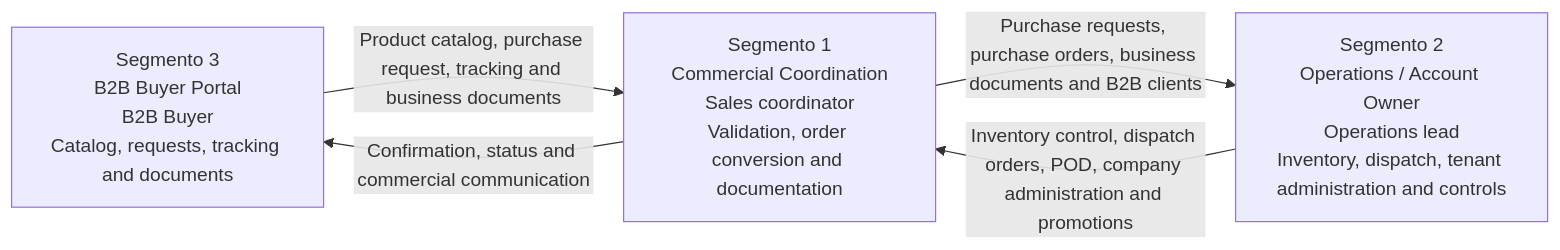
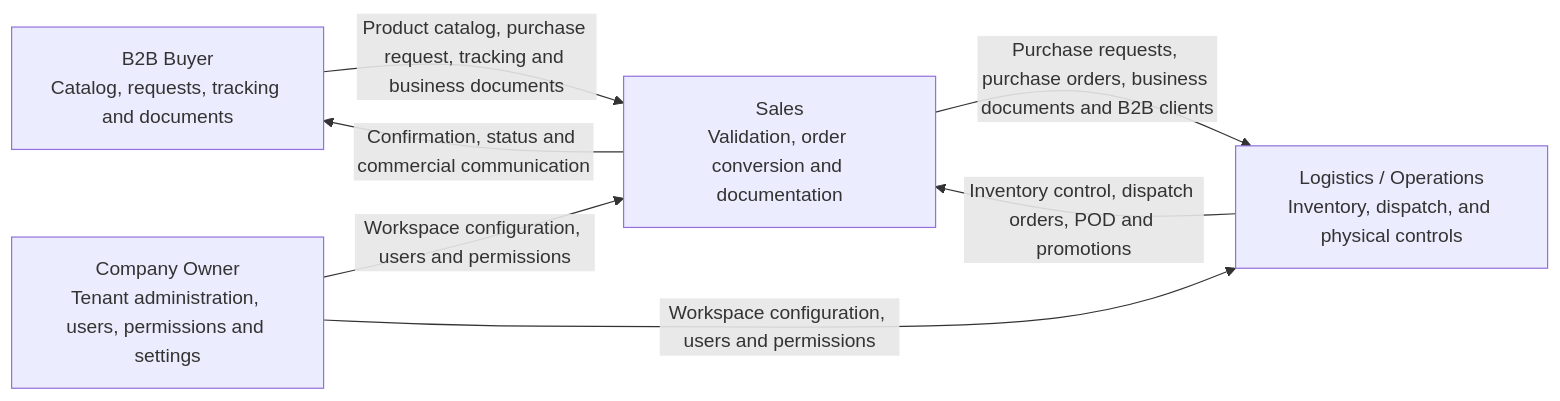
The first of 4 diagrams in report/10-chapter-1-introduction/1-3-target-segments.md (R0obxdnt-bit/nexa-ecosystem-report-v2), drawn with Mermaid before and after one commit. The commit also changed other lines of this file, not shown here.

````diff
--- a/report/10-chapter-1-introduction/1-3-target-segments.md
+++ b/report/10-chapter-1-introduction/1-3-target-segments.md
@@ -28,11 +28,14 @@
 ```mermaid
 flowchart LR
-    SEG3["Segmento 3<br/>B2B Buyer Portal<br/>B2B Buyer<br/>Catalog, requests, tracking and documents"]
-    SEG1["Segmento 1<br/>Commercial Coordination<br/>Sales coordinator<br/>Validation, order conversion and documentation"]
-    SEG2["Segmento 2<br/>Operations / Account Owner<br/>Operations lead<br/>Inventory, dispatch, tenant administration and controls"]
+    BUYER["B2B Buyer<br/>Catalog, requests, tracking and documents"]
+    SALES["Sales<br/>Validation, order conversion and documentation"]
+    OPS["Logistics / Operations<br/>Inventory, dispatch, and physical controls"]
+    OWNER["Company Owner<br/>Tenant administration, users, permissions and settings"]
 
-    SEG3 -->|Product catalog, purchase request, tracking and business documents| SEG1
-    SEG1 -->|Purchase requests, purchase orders, business documents and B2B clients| SEG2
-    SEG2 -->|Inventory control, dispatch orders, POD, company administration and promotions| SEG1
-    SEG1 -->|Confirmation, status and commercial communication| SEG3
+    BUYER -->|Product catalog, purchase request, tracking and business documents| SALES
+    SALES -->|Purchase requests, purchase orders, business documents and B2B clients| OPS
+    OPS -->|Inventory control, dispatch orders, POD and promotions| SALES
+    SALES -->|Confirmation, status and commercial communication| BUYER
+    OWNER -->|Workspace configuration, users and permissions| SALES
+    OWNER -->|Workspace configuration, users and permissions| OPS
 ```
````
